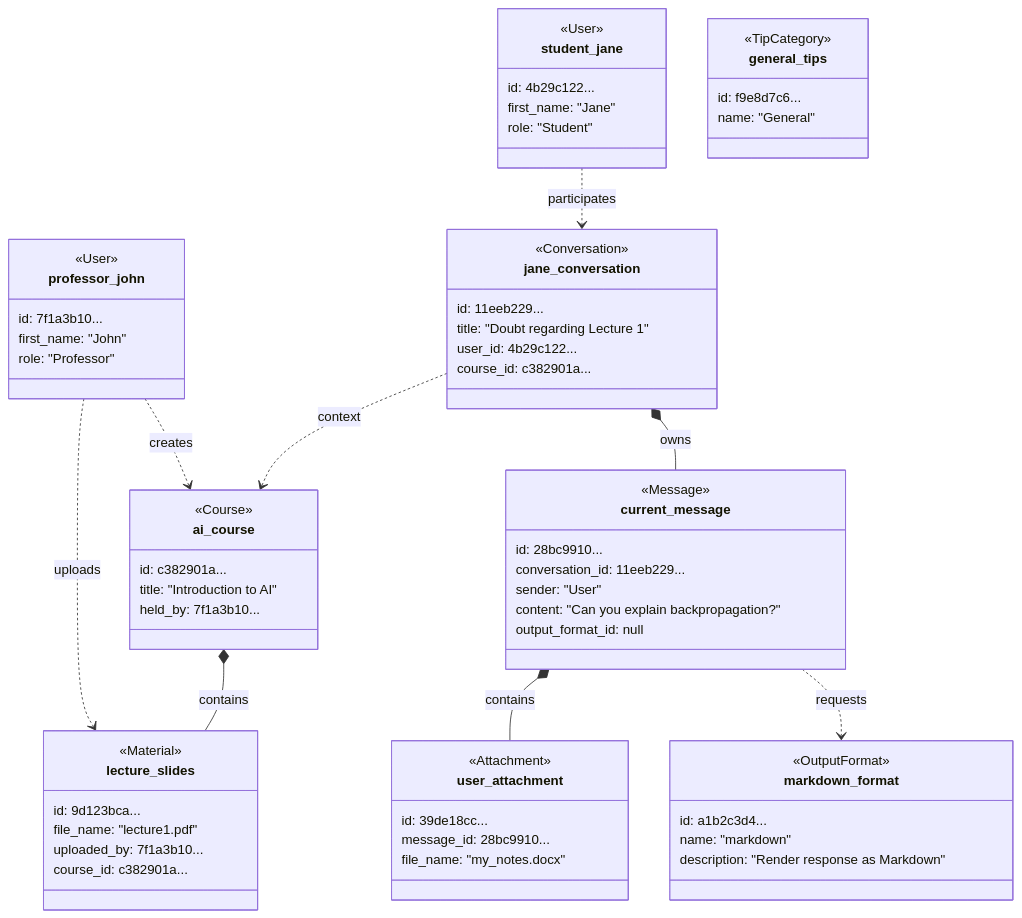
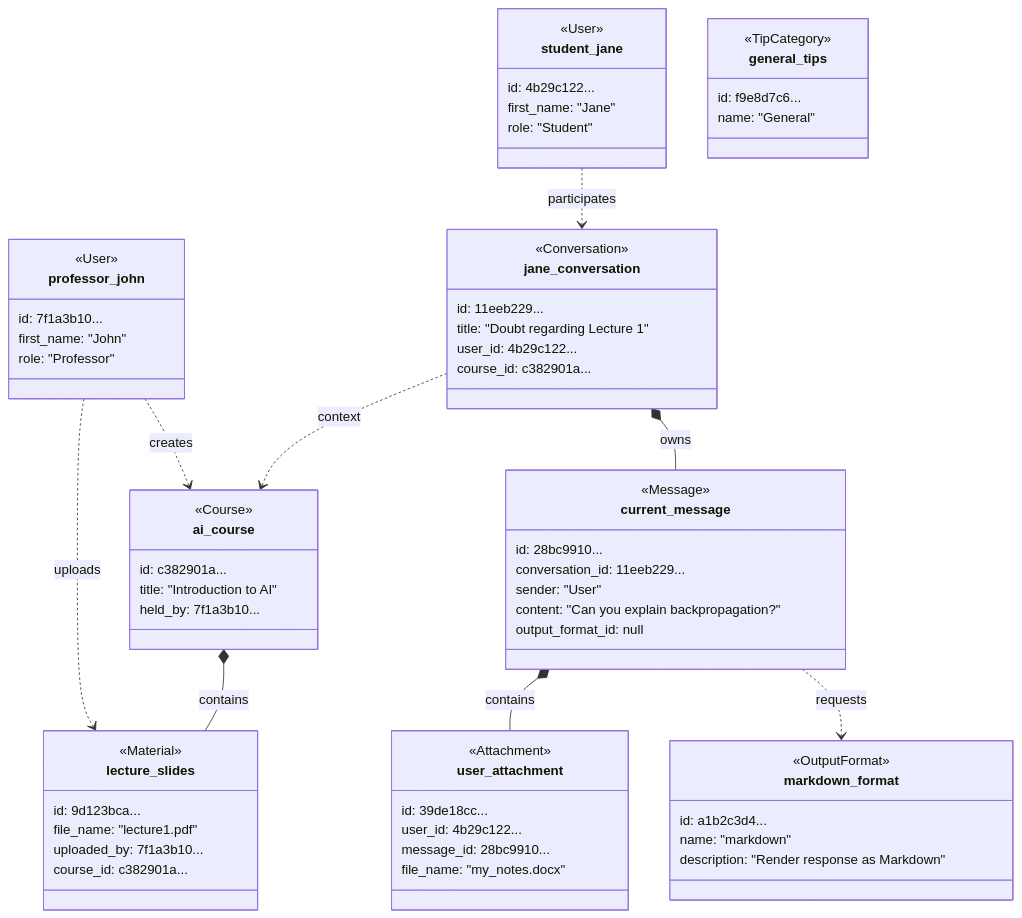
One commit to ULBS-cauci/backend changed the third of 3 diagrams in DATABASE_SCHEMA.md. Above: the diagram before and after it, drawn with Mermaid. The commit also changed other lines of this file and 6 other files, not shown here.

````diff
--- a/DATABASE_SCHEMA.md
+++ b/DATABASE_SCHEMA.md
@@ -251,81 +255,82 @@
 ```mermaid
 classDiagram
     %% Object Instances
     class professor_john {
         <<User>>
         id: 7f1a3b10...
         first_name: "John"
         role: "Professor"
     }
 
     class student_jane {
         <<User>>
         id: 4b29c122...
         first_name: "Jane"
         role: "Student"
     }
 
     class ai_course {
         <<Course>>
         id: c382901a...
         title: "Introduction to AI"
         held_by: 7f1a3b10...
     }
 
     class lecture_slides {
         <<Material>>
         id: 9d123bca...
         file_name: "lecture1.pdf"
         uploaded_by: 7f1a3b10...
         course_id: c382901a...
     }
 
     class jane_conversation {
         <<Conversation>>
         id: 11eeb229...
         title: "Doubt regarding Lecture 1"
         user_id: 4b29c122...
         course_id: c382901a...
     }
 
     class current_message {
         <<Message>>
         id: 28bc9910...
         conversation_id: 11eeb229...
         sender: "User"
         content: "Can you explain backpropagation?"
         output_format_id: null
     }
 
     class user_attachment {
         <<Attachment>>
         id: 39de18cc...
+        user_id: 4b29c122...
         message_id: 28bc9910...
         file_name: "my_notes.docx"
     }
 
     class markdown_format {
         <<OutputFormat>>
         id: a1b2c3d4...
         name: "markdown"
         description: "Render response as Markdown"
     }
 
     class general_tips {
         <<TipCategory>>
         id: f9e8d7c6...
         name: "General"
     }
 
     %% Object Links
     professor_john ..> ai_course : creates
     professor_john ..> lecture_slides : uploads
     ai_course *-- lecture_slides : contains
 
     student_jane ..> jane_conversation : participates
     jane_conversation ..> ai_course : context
 
     jane_conversation *-- current_message : owns
     current_message *-- user_attachment : contains
     current_message ..> markdown_format : requests
 ```
````
